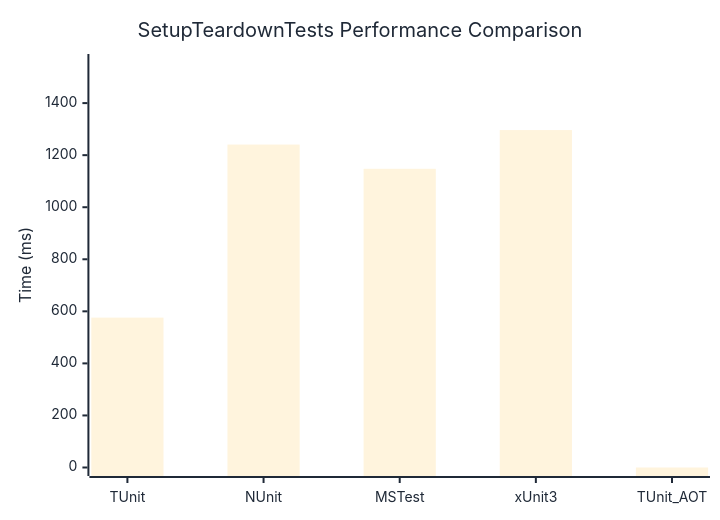
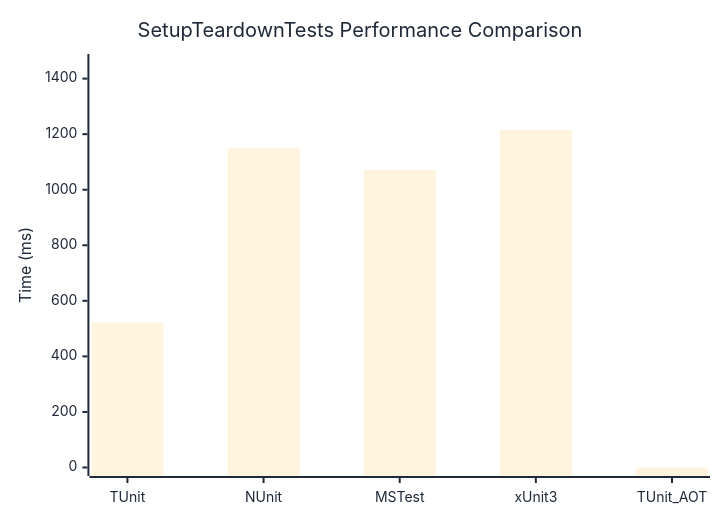
One commit to thomhurst/TUnit changed the diagram in docs/docs/benchmarks/SetupTeardownTests.md. Above: the diagram before and after it, drawn with Mermaid. The commit also changed other lines of this file and 17 other files, not shown here.

````diff
--- a/docs/docs/benchmarks/SetupTeardownTests.md
+++ b/docs/docs/benchmarks/SetupTeardownTests.md
@@ -27,37 +27,37 @@
 ```mermaid
 %%{init: {
   'theme':'base',
   'themeVariables': {
     'primaryColor': '#2563eb',
     'primaryTextColor': '#1f2937',
     'primaryBorderColor': '#1e40af',
     'lineColor': '#6b7280',
     'secondaryColor': '#7c3aed',
     'tertiaryColor': '#dc2626',
     'background': '#ffffff',
     'mainBkg': '#2563eb',
     'secondBkg': '#7c3aed',
     'tertiaryBkg': '#dc2626',
     'clusterBkg': '#f3f4f6',
     'edgeLabelBackground': '#ffffff',
     'tertiaryTextColor': '#1f2937',
     'pie1': '#2563eb',
     'pie2': '#7c3aed',
     'pie3': '#dc2626',
     'pie4': '#f59e0b',
     'pie5': '#10b981',
     'pie6': '#06b6d4',
     'pie7': '#ec4899',
     'pie8': '#6366f1',
     'pie9': '#84cc16',
     'pie10': '#f97316',
     'pie11': '#14b8a6',
     'pie12': '#a855f7'
   }
 }}%%
 xychart-beta
   title "SetupTeardownTests Performance Comparison"
   x-axis ["TUnit", "NUnit", "MSTest", "xUnit3", "TUnit_AOT"]
-  y-axis "Time (ms)" 0 --> 1556
-  bar [575.8, 1240.7, 1147.6, 1296.4, 0]
+  y-axis "Time (ms)" 0 --> 1458
+  bar [522, 1149.6, 1071.1, 1215, 0]
 ```
````
